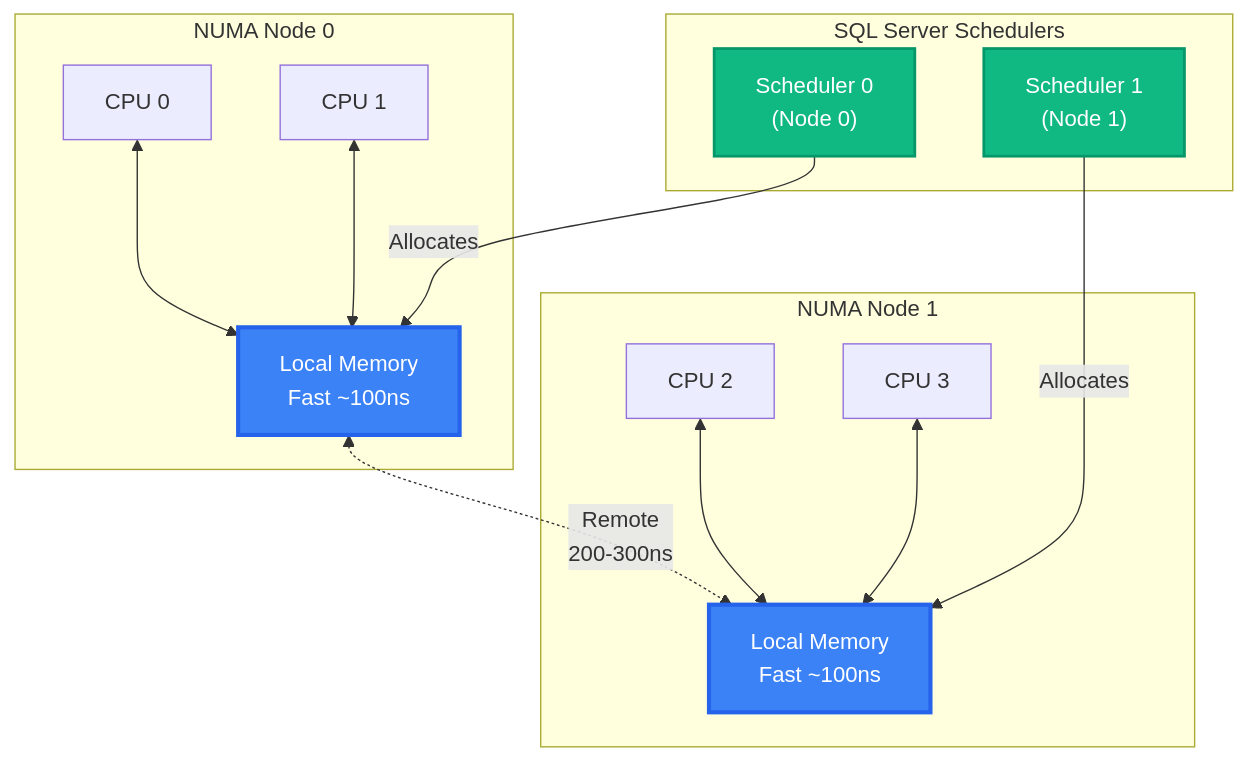
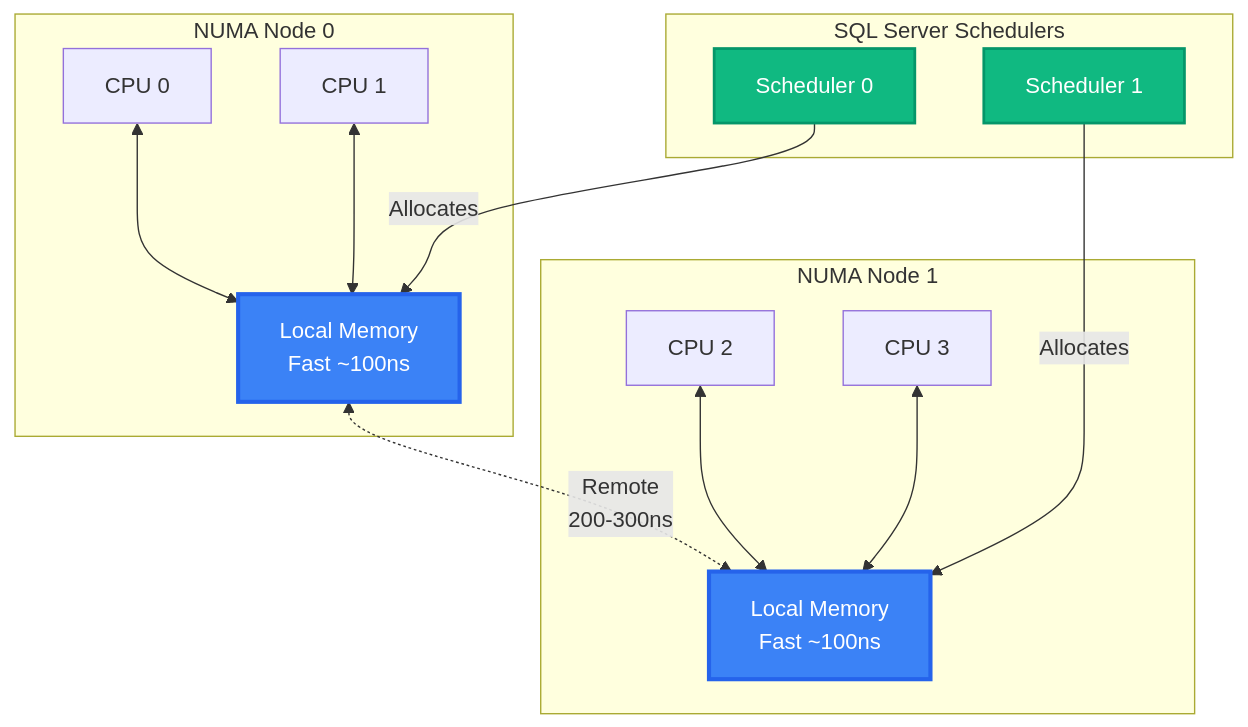
One commit to phakkhaphong/sql-server-performance-tuning changed the first of 7 diagrams in Module_04_Memory/README.md. Above: the diagram before and after it, drawn with Mermaid. The commit also changed other lines of this file, not shown here.

Commit message:
Standardize terminology and remove HTML line breaks in README diagrams for SQL Server Memory Models, enhancing clarity and consistency in visual representation.

````diff
--- a/Module_04_Memory/README.md
+++ b/Module_04_Memory/README.md
@@ -37,33 +37,33 @@
 ```mermaid
 flowchart TB
     subgraph Node0["NUMA Node 0"]
         CPU0A["CPU 0"]
         CPU0B["CPU 1"]
         LocalMem0["Local Memory<br/>Fast ~100ns"]
         CPU0A <--> LocalMem0
         CPU0B <--> LocalMem0
     end
     
     subgraph Node1["NUMA Node 1"]
         CPU1A["CPU 2"]
         CPU1B["CPU 3"]
         LocalMem1["Local Memory<br/>Fast ~100ns"]
         CPU1A <--> LocalMem1
         CPU1B <--> LocalMem1
     end
     
     subgraph SQLServer2["SQL Server Schedulers"]
-        Scheduler0["Scheduler 0<br/>(Node 0)"]
-        Scheduler1["Scheduler 1<br/>(Node 1)"]
+        Scheduler0["Scheduler 0"]
+        Scheduler1["Scheduler 1"]
     end
     
     LocalMem0 <-.->|Remote<br/>200-300ns| LocalMem1
     
     Scheduler0 -->|Allocates| LocalMem0
     Scheduler1 -->|Allocates| LocalMem1
     
     style LocalMem0 fill:#3b82f6,stroke:#2563eb,stroke-width:3px,color:#fff
     style LocalMem1 fill:#3b82f6,stroke:#2563eb,stroke-width:3px,color:#fff
     style Scheduler0 fill:#10b981,stroke:#059669,stroke-width:2px,color:#fff
     style Scheduler1 fill:#10b981,stroke:#059669,stroke-width:2px,color:#fff
 ```
````
